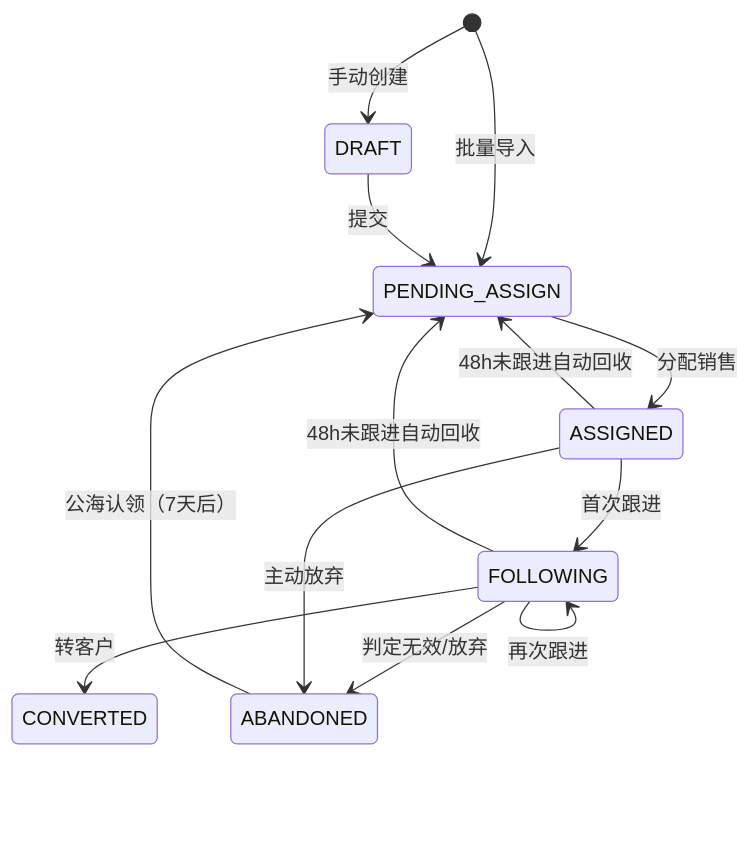
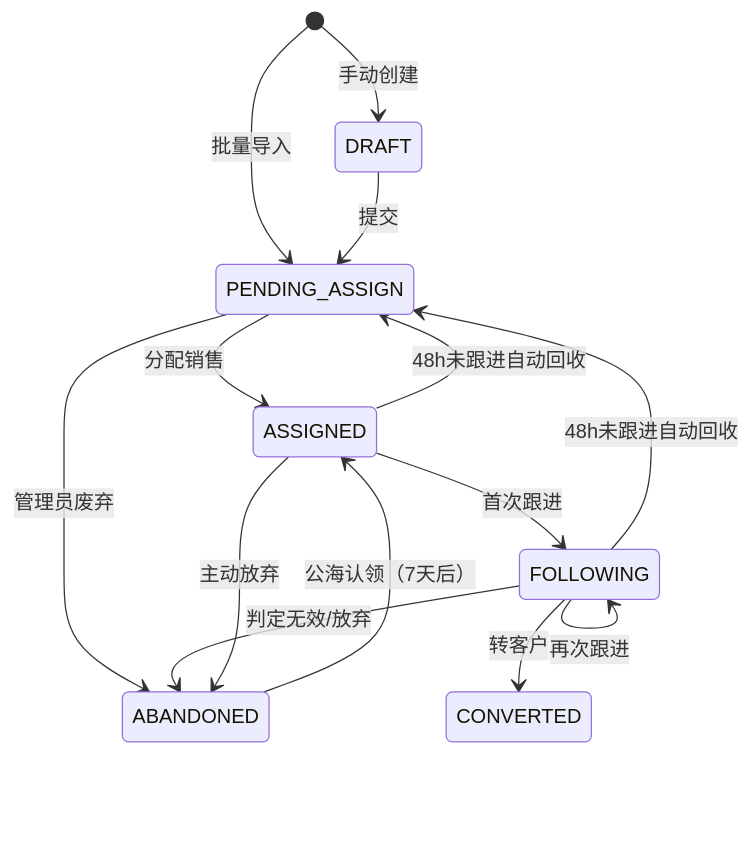
One commit to lophyJessica/forge-crm changed the second of 2 diagrams in prd-docs/线索管理/线索主PRD.md. Above: the diagram before and after it, drawn with Mermaid. The commit also changed other lines of this file and 2 other files, not shown here.

````diff
--- a/prd-docs/线索管理/线索主PRD.md
+++ b/prd-docs/线索管理/线索主PRD.md
@@ -101,15 +101,16 @@
 ```mermaid
 stateDiagram-v2
     [*] --> DRAFT : 手动创建
     [*] --> PENDING_ASSIGN : 批量导入
     DRAFT --> PENDING_ASSIGN : 提交
     PENDING_ASSIGN --> ASSIGNED : 分配销售
+    PENDING_ASSIGN --> ABANDONED : 管理员废弃
     ASSIGNED --> FOLLOWING : 首次跟进
     FOLLOWING --> FOLLOWING : 再次跟进
     FOLLOWING --> CONVERTED : 转客户
     FOLLOWING --> ABANDONED : 判定无效/放弃
     ASSIGNED --> ABANDONED : 主动放弃
     ASSIGNED --> PENDING_ASSIGN : 48h未跟进自动回收
     FOLLOWING --> PENDING_ASSIGN : 48h未跟进自动回收
-    ABANDONED --> PENDING_ASSIGN : 公海认领（7天后）
+    ABANDONED --> ASSIGNED : 公海认领（7天后）
 ```
````
